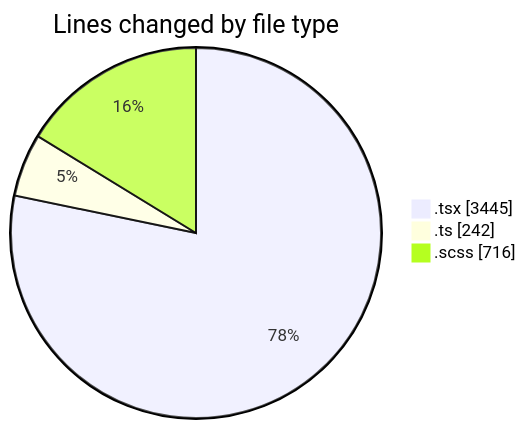
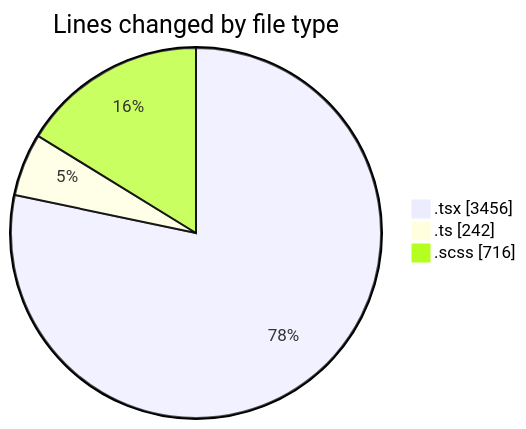
One commit to momahboobian/code-tracking changed the first of 2 diagrams in 2025-09-15/cda/README.md. Above: the diagram before and after it, drawn with Mermaid. The commit also changed other lines of this file and 1 other file, not shown here.

````diff
--- a/2025-09-15/cda/README.md
+++ b/2025-09-15/cda/README.md
@@ -25,7 +25,7 @@
 ```mermaid
 pie showData
 title Lines changed by file type
-".tsx" : 3445
+".tsx" : 3456
 ".ts" : 242
 ".scss" : 716
 ```
````
